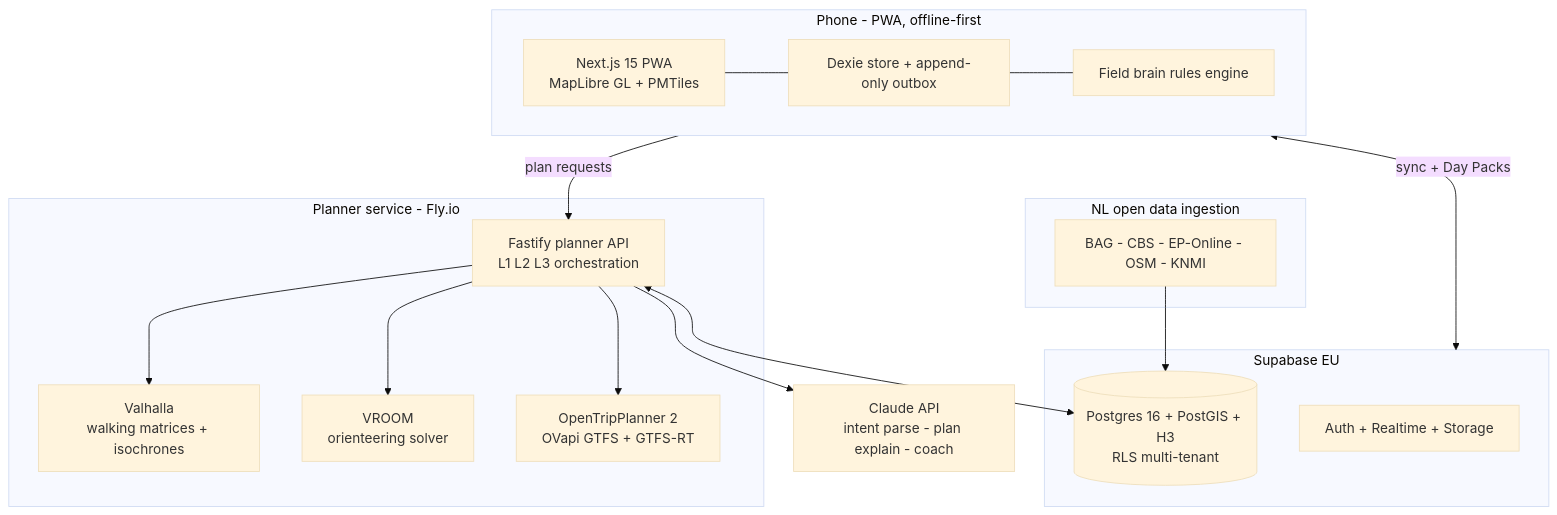
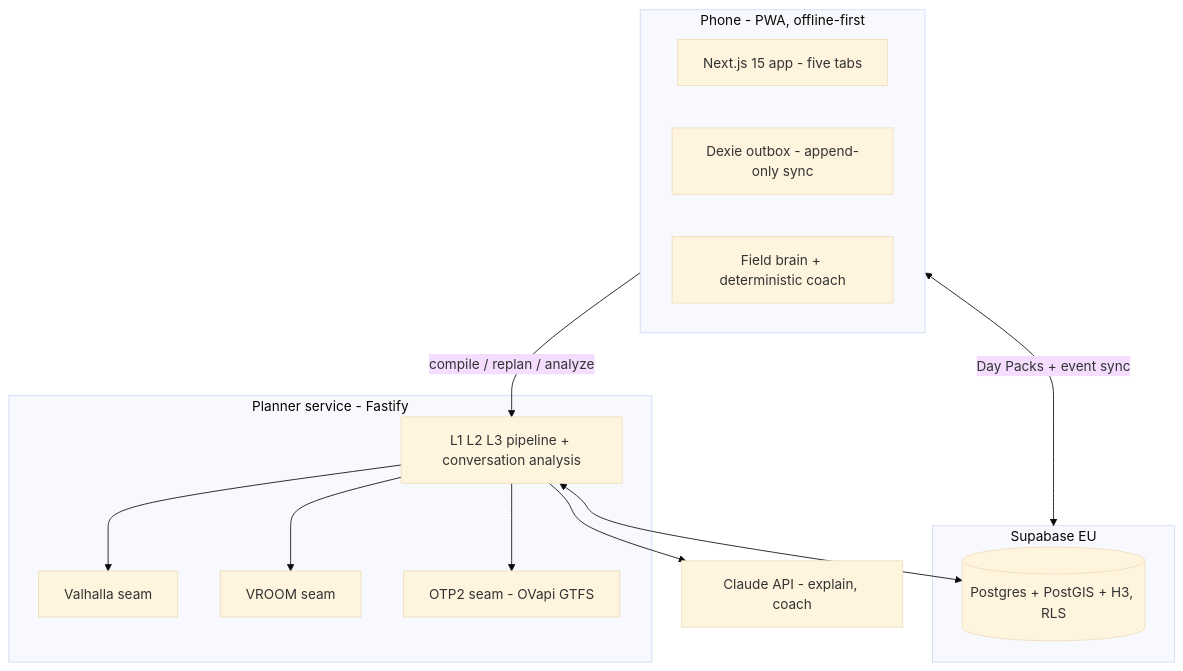
Before and after one commit to atlasshb/2DAY: the second of 2 diagrams in README.md, drawn with Mermaid (base theme). The commit also changed other lines of this file and 48 other files, not shown here.

````diff
--- a/README.md
+++ b/README.md
@@ -70,29 +112,23 @@
 ```mermaid
 flowchart TB
     subgraph device [Phone - PWA, offline-first]
-      UI[Next.js 15 PWA<br/>MapLibre GL + PMTiles]
-      DX[Dexie store + append-only outbox]
-      FB[Field brain rules engine]
-      UI --- DX --- FB
+      UI[Next.js 15 app - five tabs]
+      DX[Dexie outbox - append-only sync]
+      FB[Field brain + deterministic coach]
+    end
+    subgraph compute [Planner service - Fastify]
+      PL[L1 L2 L3 pipeline + conversation analysis]
+      VA[Valhalla seam]
+      VR[VROOM seam]
+      OTP[OTP2 seam - OVapi GTFS]
     end
     subgraph platform [Supabase EU]
-      PG[(Postgres 16 + PostGIS + H3<br/>RLS multi-tenant)]
-      AUTH[Auth + Realtime + Storage]
+      PG[(Postgres + PostGIS + H3, RLS)]
     end
-    subgraph compute [Planner service - Fly.io]
-      PL[Fastify planner API<br/>L1 L2 L3 orchestration]
-      VA[Valhalla<br/>walking matrices + isochrones]
-      VR[VROOM<br/>orienteering solver]
-      OTP[OpenTripPlanner 2<br/>OVapi GTFS + GTFS-RT]
-    end
-    subgraph data [NL open data ingestion]
-      ING[BAG - CBS - EP-Online - OSM - KNMI]
-    end
-    AI[Claude API<br/>intent parse - plan explain - coach]
-    device <-->|sync + Day Packs| platform
-    device -->|plan requests| PL
+    AI[Claude API - explain, coach]
+    device <-->|Day Packs + event sync| platform
+    device -->|compile / replan / analyze| PL
     PL --> VA & VR & OTP
     PL --> AI
-    ING --> PG
     PL <--> PG
 ```
````
